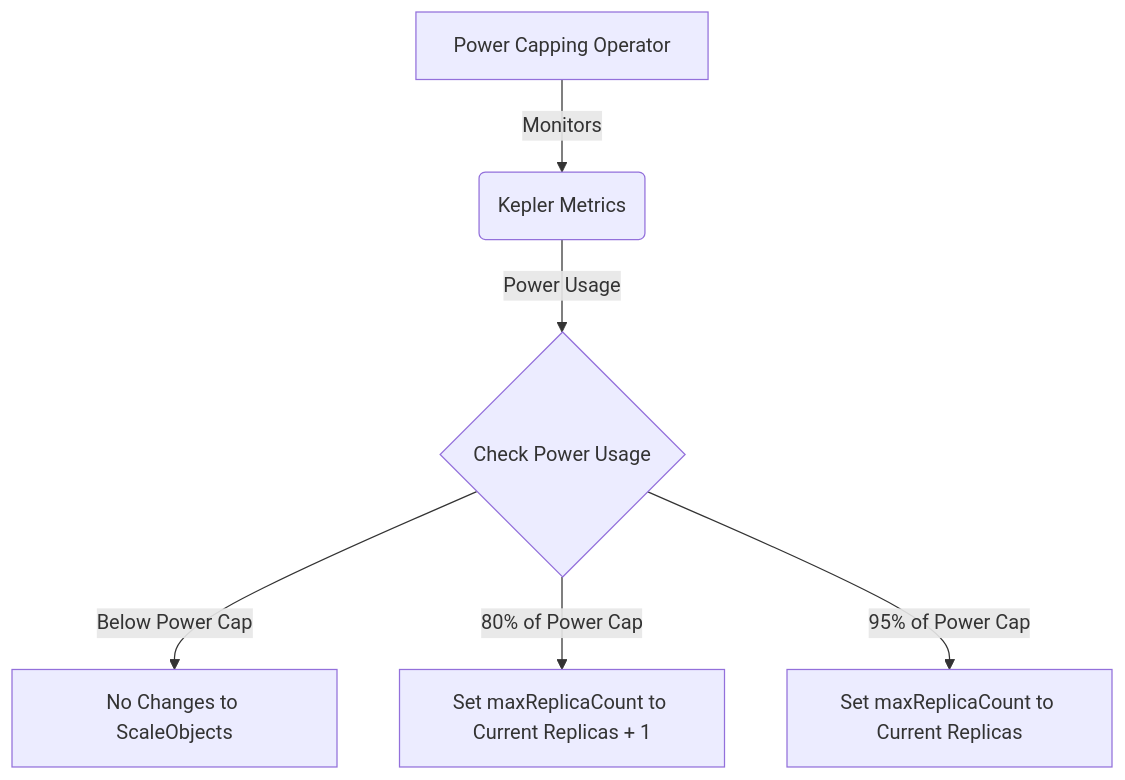
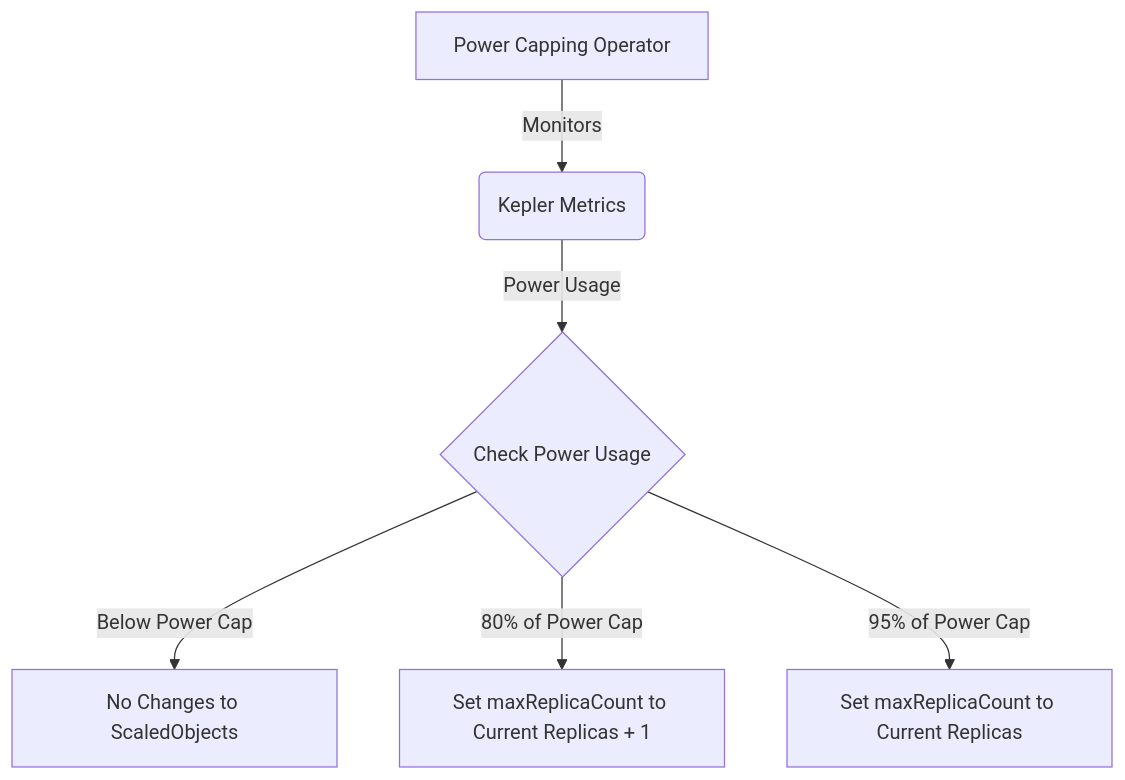
The fifth of 8 diagrams in README.md (Climatik-Project/Climatik-Project), drawn with Mermaid before and after one commit. The commit also changed other lines of this file, not shown here.

````diff
--- a/README.md
+++ b/README.md
@@ -381,8 +381,8 @@
 ```mermaid
 graph TD
 A[Power Capping Operator] -->|Monitors| B(Kepler Metrics)
 B -->|Power Usage| C{Check Power Usage}
-C -->|Below Power Cap| D[No Changes to ScaleObjects]
+C -->|Below Power Cap| D[No Changes to ScaledObjects]
 C -->|80% of Power Cap| E[Set maxReplicaCount to Current Replicas + 1]
 C -->|95% of Power Cap| F[Set maxReplicaCount to Current Replicas]
 ```
````
